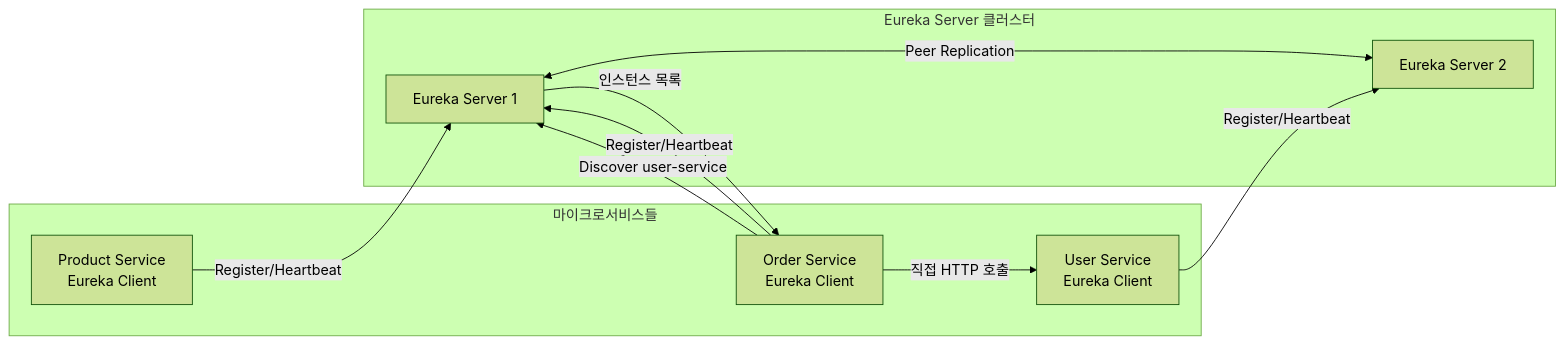
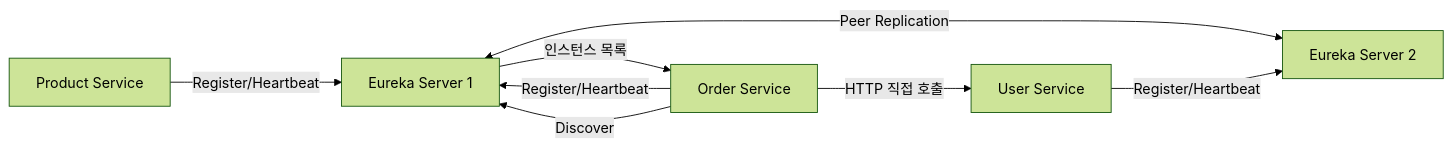
One commit to yjkim2015/yjkim2015.github.io changed the second of 4 diagrams in _posts/spring/2026-05-01-spring-eureka.md. Above: the diagram before and after it, drawn with Mermaid (forest theme). The commit also changed other lines of this file and 215 other files, not shown here.

First line of the commit message:
신규 포스트 10개 추가 + Mermaid 전면 축소 + SystemDesign 시리즈 보강

````diff
--- a/_posts/spring/2026-05-01-spring-eureka.md
+++ b/_posts/spring/2026-05-01-spring-eureka.md
@@ -50,22 +48,10 @@
 ```mermaid
 graph LR
-    subgraph "Eureka Server 클러스터"
-        ES1["Eureka Server 1"]
-        ES2["Eureka Server 2"]
-        ES1 <-->|"Peer Replication"| ES2
-    end
-
-    subgraph "마이크로서비스들"
-        OS["Order Service\nEureka Client"]
-        US["User Service\nEureka Client"]
-        PS["Product Service\nEureka Client"]
-    end
-
-    OS -->|"Register/Heartbeat"| ES1
-    US -->|"Register/Heartbeat"| ES2
-    PS -->|"Register/Heartbeat"| ES1
-
-    OS -->|"Discover user-service"| ES1
-    ES1 -->|"인스턴스 목록"| OS
-    OS -->|"직접 HTTP 호출"| US
+    ES1["Eureka Server 1"] <-->|Peer Replication| ES2["Eureka Server 2"]
+    OS["Order Service"] -->|Register/Heartbeat| ES1
+    US["User Service"] -->|Register/Heartbeat| ES2
+    PS["Product Service"] -->|Register/Heartbeat| ES1
+    OS -->|Discover| ES1
+    ES1 -->|인스턴스 목록| OS
+    OS -->|HTTP 직접 호출| US
 ```
````
